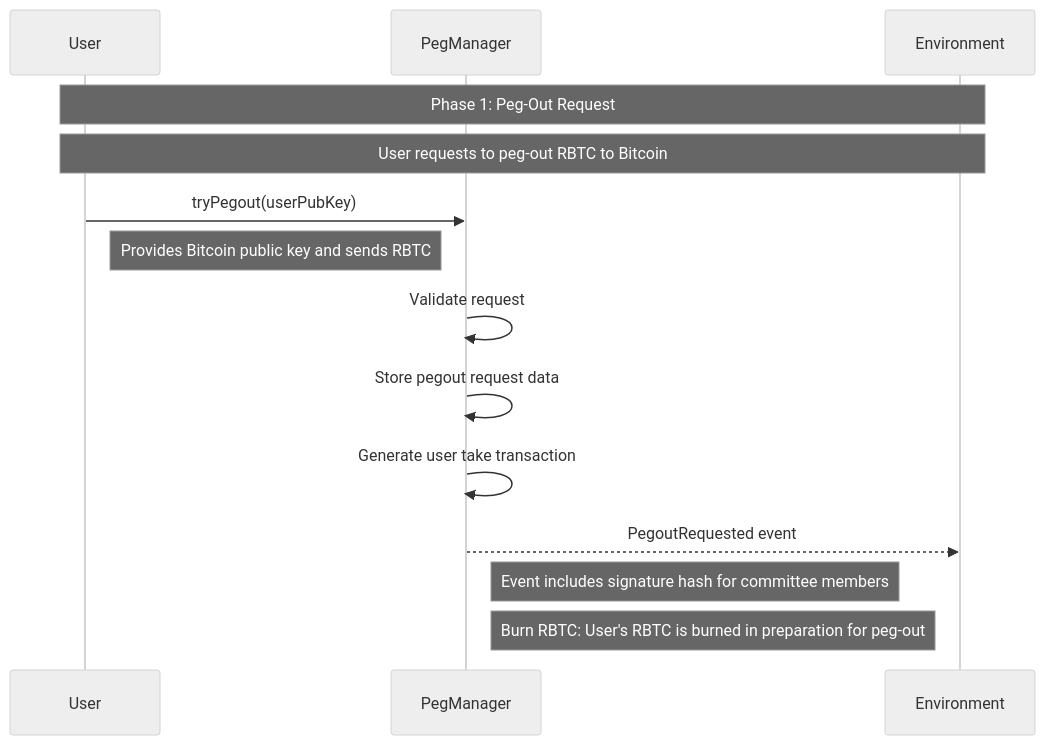
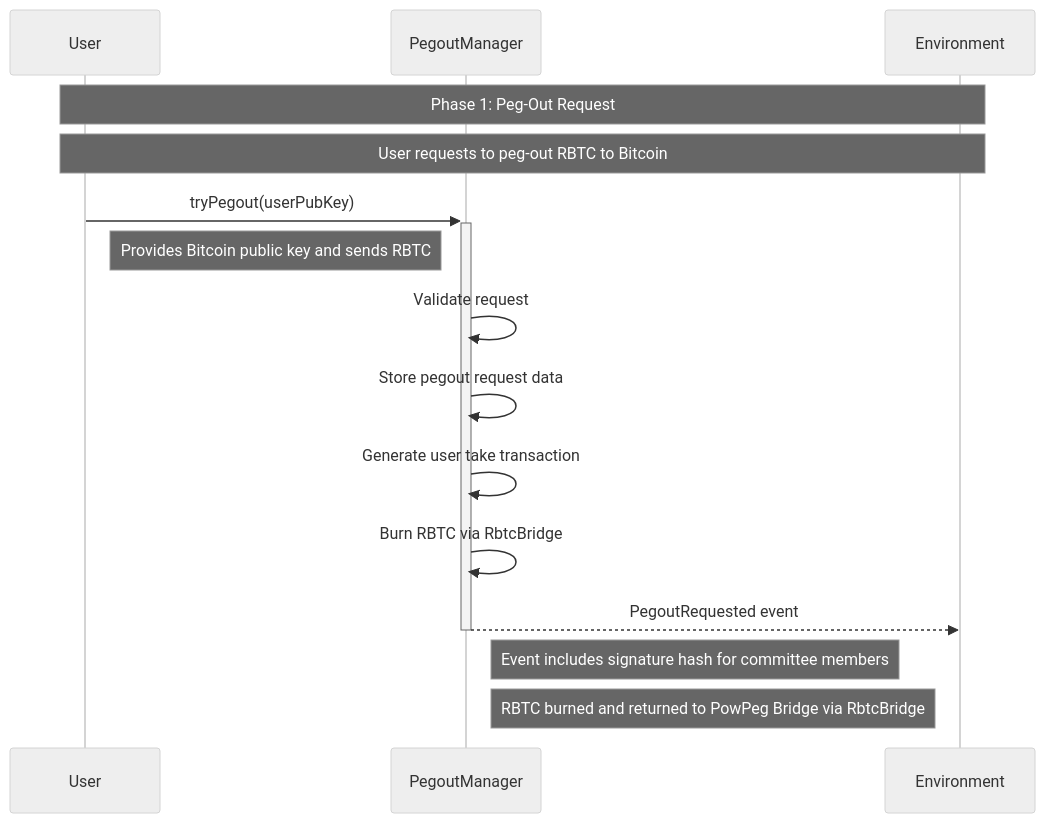
Before and after one commit to rsksmart/union-bridge-contracts: the eighth of 12 diagrams in docs/src/README.md, drawn with Mermaid (neutral theme). The commit also changed other lines of this file and 95 other files, not shown here.

````diff
--- a/docs/src/README.md
+++ b/docs/src/README.md
@@ -272,18 +552,19 @@
 ```mermaid
 sequenceDiagram
     participant U as User
-    participant PM as PegManager
+    participant POM as PegoutManager
     participant ENV as Environment
 
     Note over U,ENV: Phase 1: Peg-Out Request
     Note over U,ENV: User requests to peg-out RBTC to Bitcoin
 
-    U->>PM: tryPegout(userPubKey)
+    U->>+POM: tryPegout(userPubKey)
     Note right of U: Provides Bitcoin public key and sends RBTC
-    PM->>PM: Validate request
-    PM->>PM: Store pegout request data
-    PM->>PM: Generate user take transaction
-    PM-->>ENV: PegoutRequested event
-    Note right of PM: Event includes signature hash for committee members
-    Note right of PM: Burn RBTC: User's RBTC is burned in preparation for peg-out
+    POM->>POM: Validate request
+    POM->>POM: Store pegout request data
+    POM->>POM: Generate user take transaction
+    POM->>POM: Burn RBTC via RbtcBridge
+    POM-->>-ENV: PegoutRequested event
+    Note right of POM: Event includes signature hash for committee members
+    Note right of POM: RBTC burned and returned to PowPeg Bridge via RbtcBridge
 ```
````
